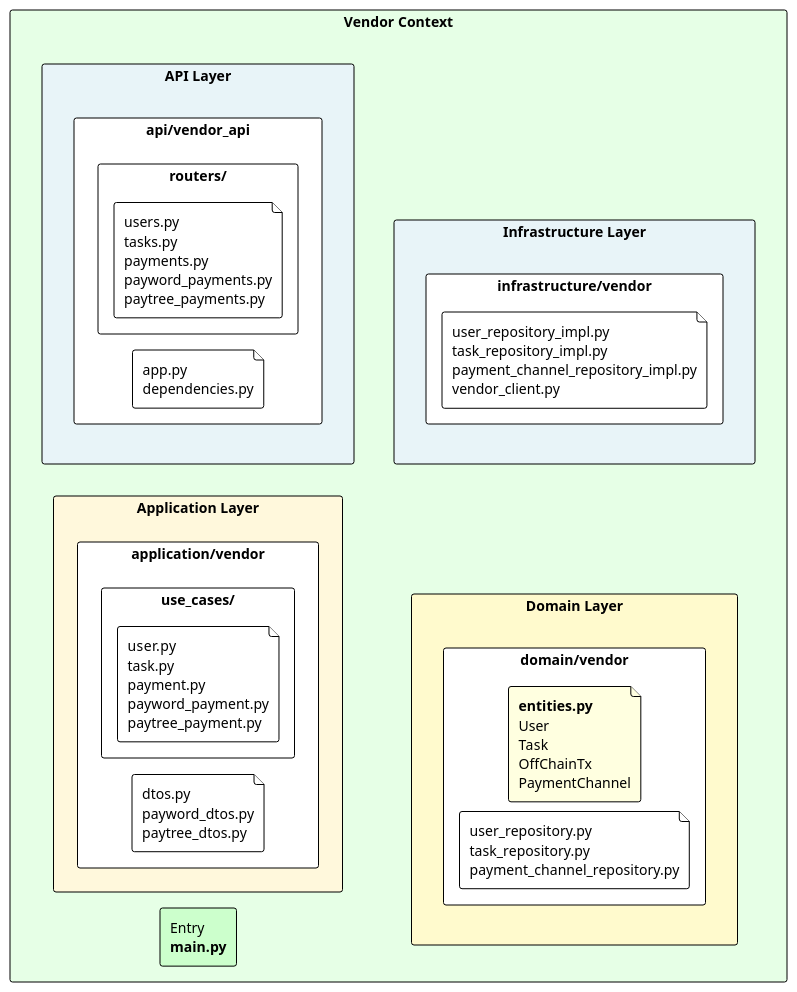
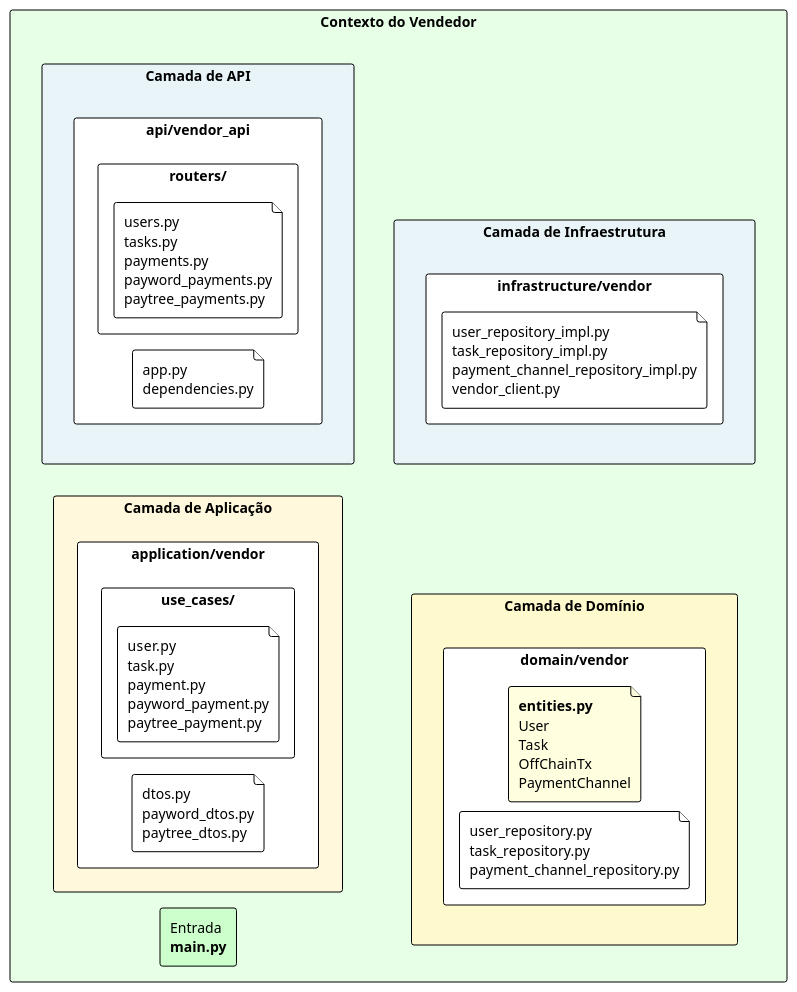
The diagram in umls/vendor.puml (otaviootavio/nanomoni), drawn with PlantUML before and after one commit. The commit also changed 161 other files, not shown here.

```diff
--- a/umls/vendor.puml
+++ b/umls/vendor.puml
@@ -1,55 +1,55 @@
 @startuml Vendor_Static_Compact
 
 !theme plain
 left to right direction
 skinparam backgroundColor white
 skinparam componentStyle rectangle
 skinparam padding 0
 skinparam BoxPadding 2
 skinparam RectanglePadding 3
 skinparam RectangleBorderThickness 1
 skinparam Shadowing false
 skinparam Nodesep 10
 skinparam Ranksep 10
 
 
-rectangle "Vendor Context" #E6FFE6 {
-    rectangle "Entry\n**main.py**" as entry #CCFFCC
+rectangle "Contexto do Vendedor" #E6FFE6 {
+    rectangle "Entrada\n**main.py**" as entry #CCFFCC
     
-    rectangle "API Layer" as api #E8F4F8 {
+    rectangle "Camada de API" as api #E8F4F8 {
         rectangle "api/vendor_api" {
             file "app.py\ndependencies.py" as api_files
             rectangle "routers/" {
                 file "users.py\ntasks.py\npayments.py\npayword_payments.py\npaytree_payments.py"
             }
         }
     }
     
-    rectangle "Application Layer" as app #FFF8DC {
+    rectangle "Camada de Aplicação" as app #FFF8DC {
         rectangle "application/vendor" {
             file "dtos.py\npayword_dtos.py\npaytree_dtos.py"
             rectangle "use_cases/" {
                 file "user.py\ntask.py\npayment.py\npayword_payment.py\npaytree_payment.py"
             }
         }
     }
     
-    rectangle "Domain Layer" as domain #FFFACD {
+    rectangle "Camada de Domínio" as domain #FFFACD {
         rectangle "domain/vendor" {
             file "**entities.py**\nUser \nTask\nOffChainTx\nPaymentChannel" #FFFFE0
             file "user_repository.py\ntask_repository.py\npayment_channel_repository.py"
         }
     }
     
-    rectangle "Infrastructure Layer" as infra #E8F4F8 {
+    rectangle "Camada de Infraestrutura" as infra #E8F4F8 {
         rectangle "infrastructure/vendor" {
             file "user_repository_impl.py\ntask_repository_impl.py\npayment_channel_repository_impl.py\nvendor_client.py"
         }
     }
     
     ' Hidden links to force 2-row layout
     entry -[hidden]down-> domain
     api -[hidden]down-> infra
 }
 
 @enduml
```
